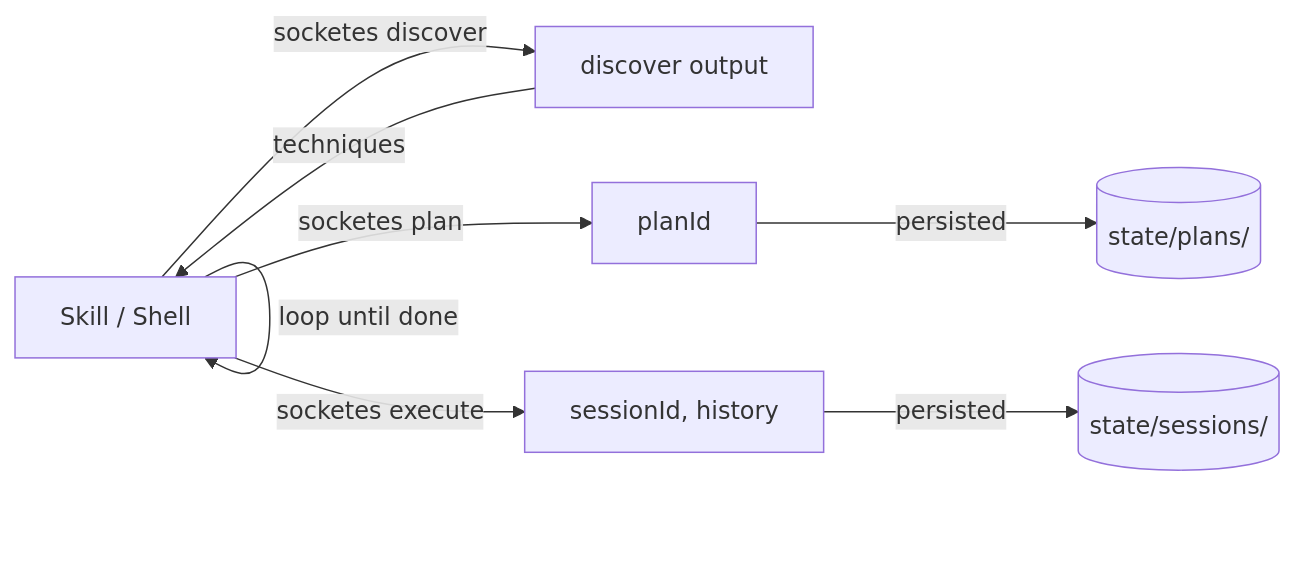
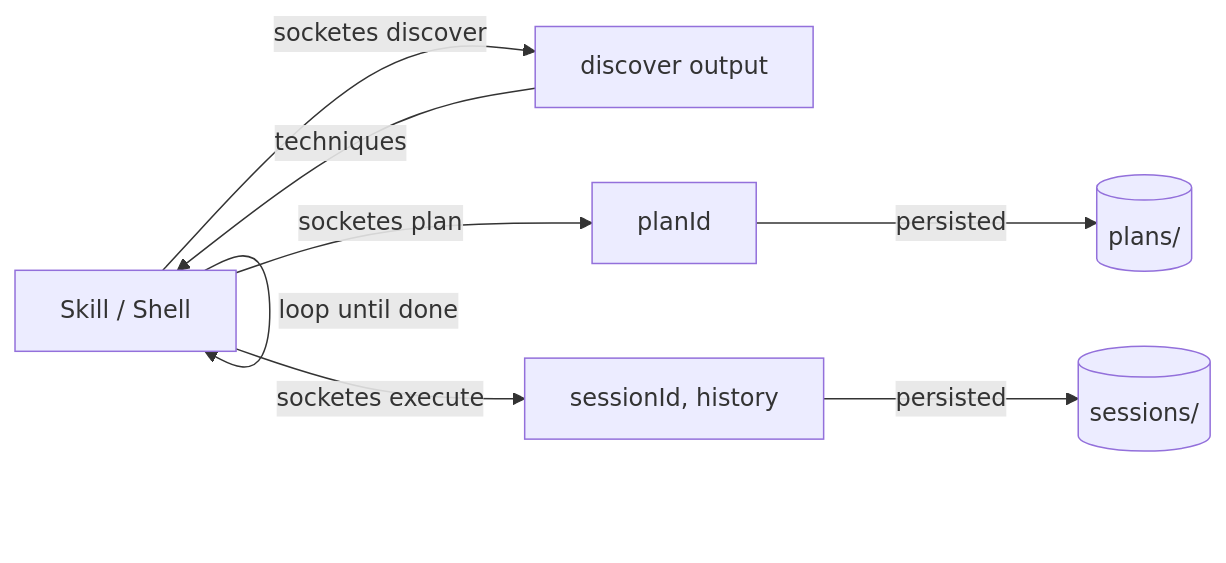
The diagram in SOCKETES.md (uddhav/creative-thinking), drawn with Mermaid before and after one commit. The commit also changed other lines of this file, not shown here.

````diff
--- a/SOCKETES.md
+++ b/SOCKETES.md
@@ -253,10 +255,10 @@
 ```mermaid
 flowchart LR
     Skill[Skill / Shell] -->|"socketes discover"| D[discover output]
     D -->|techniques| Skill
     Skill -->|"socketes plan"| P[planId]
-    P -->|persisted| Disk[(state/plans/)]
+    P -->|persisted| Disk[(plans/)]
     Skill -->|"socketes execute"| E[sessionId, history]
-    E -->|persisted| Disk2[(state/sessions/)]
+    E -->|persisted| Disk2[(sessions/)]
     Skill -->|"loop until done"| Skill
 ```
````
